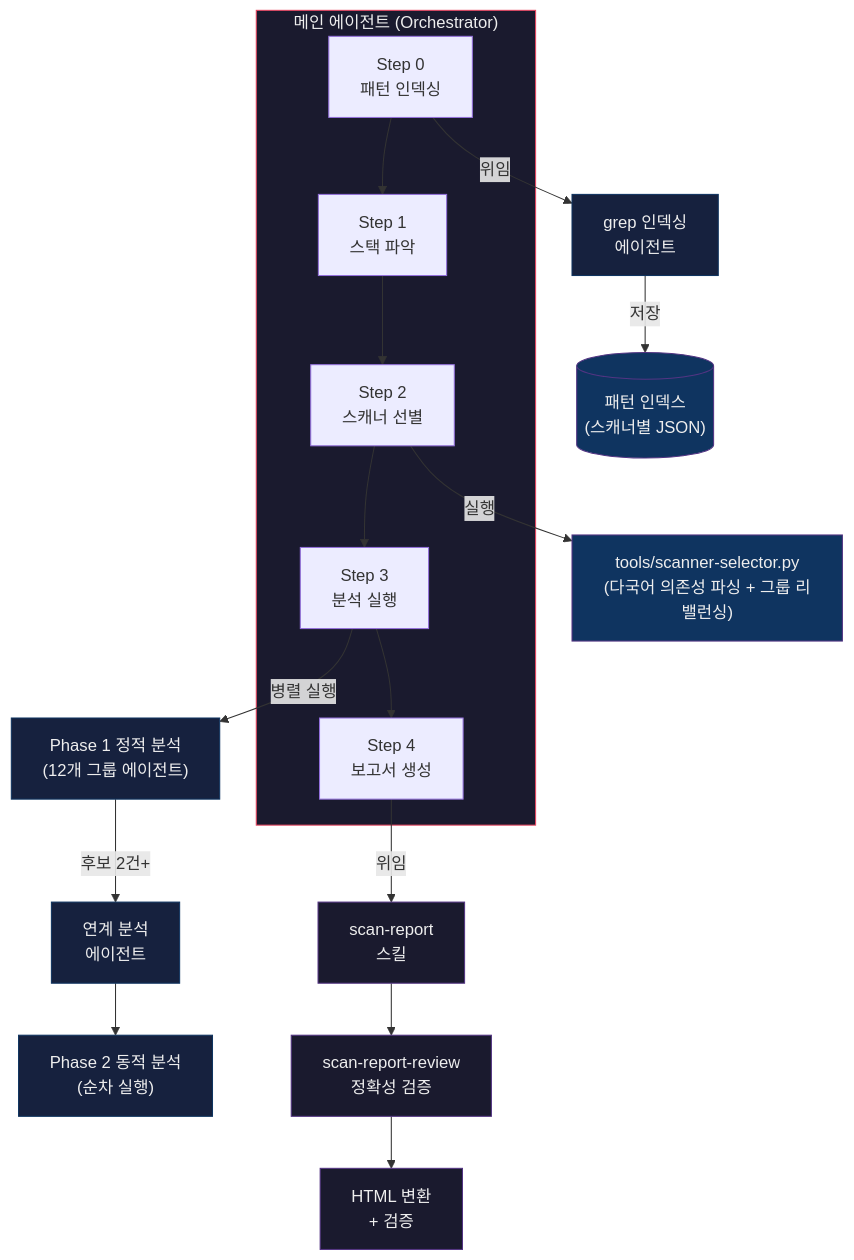
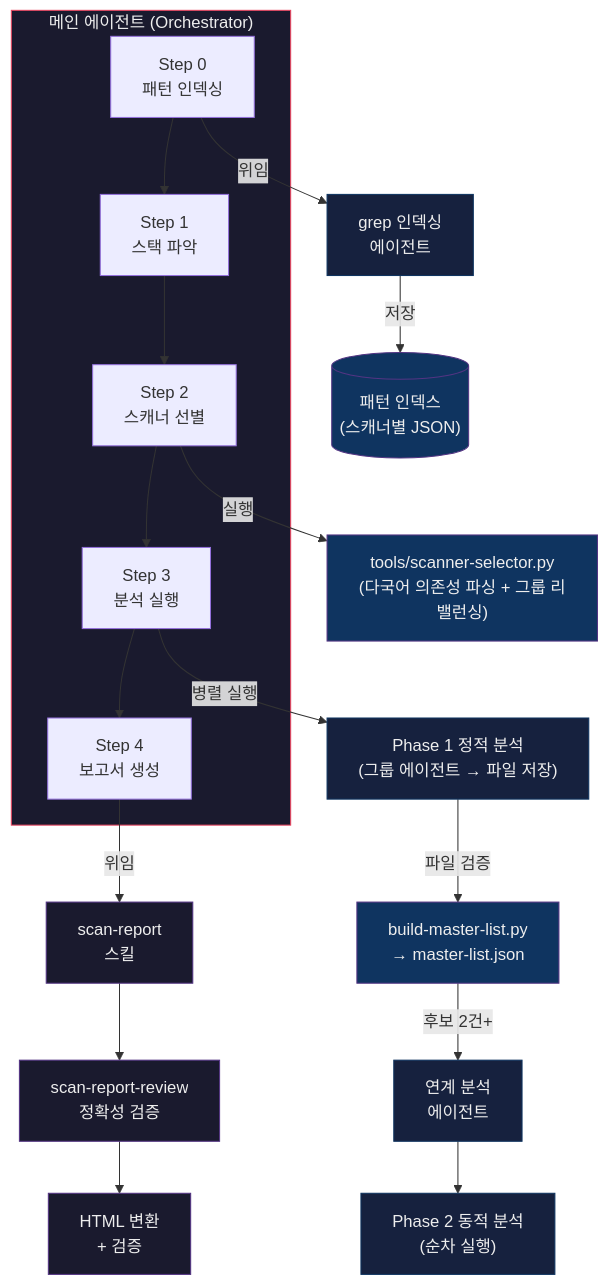
One commit to nomarlhack/noah-sast changed the first of 5 diagrams in README.md. Above: the diagram before and after it, drawn with Mermaid. The commit also changed other lines of this file and 11 other files, not shown here.

````diff
--- a/README.md
+++ b/README.md
@@ -42,35 +42,37 @@
 ```mermaid
 flowchart TB
     subgraph Orchestrator["메인 에이전트 (Orchestrator)"]
         S0["Step 0\n패턴 인덱싱"]
         S1["Step 1\n스택 파악"]
         S2["Step 2\n스캐너 선별"]
         S3["Step 3\n분석 실행"]
         S4["Step 4\n보고서 생성"]
         S0 --> S1 --> S2 --> S3 --> S4
     end
 
     S0 -->|위임| GrepAgent["grep 인덱싱\n에이전트"]
     GrepAgent -->|저장| IndexDir[("패턴 인덱스\n(스캐너별 JSON)")]
 
     S2 -->|실행| Selector["tools/scanner-selector.py\n(다국어 의존성 파싱 + 그룹 리밸런싱)"]
 
-    S3 -->|병렬 실행| P1["Phase 1 정적 분석\n(12개 그룹 에이전트)"]
-    P1 -->|후보 2건+| Chain["연계 분석\n에이전트"]
+    S3 -->|병렬 실행| P1["Phase 1 정적 분석\n(그룹 에이전트 → 파일 저장)"]
+    P1 -->|파일 검증| BML["build-master-list.py\n→ master-list.json"]
+    BML -->|후보 2건+| Chain["연계 분석\n에이전트"]
     Chain --> P2["Phase 2 동적 분석\n(순차 실행)"]
 
     S4 -->|위임| Report["scan-report\n스킬"]
     Report --> Review["scan-report-review\n정확성 검증"]
     Review --> HTML["HTML 변환\n+ 검증"]
 
     style Orchestrator fill:#1a1a2e,stroke:#e94560,color:#eee
     style GrepAgent fill:#16213e,stroke:#0f3460,color:#eee
     style IndexDir fill:#0f3460,stroke:#533483,color:#eee
     style P1 fill:#16213e,stroke:#0f3460,color:#eee
+    style BML fill:#0f3460,stroke:#533483,color:#eee
     style Chain fill:#16213e,stroke:#0f3460,color:#eee
     style P2 fill:#16213e,stroke:#0f3460,color:#eee
     style Report fill:#1a1a2e,stroke:#533483,color:#eee
     style Review fill:#1a1a2e,stroke:#533483,color:#eee
     style HTML fill:#1a1a2e,stroke:#533483,color:#eee
     style Selector fill:#0f3460,stroke:#533483,color:#eee
 ```
````
